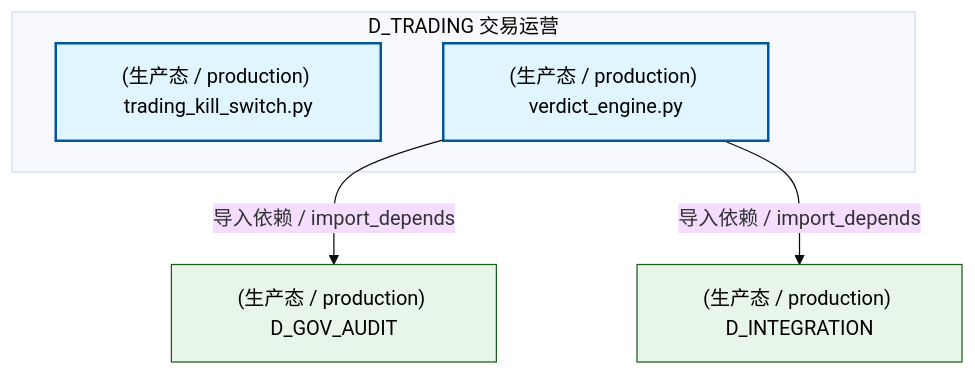
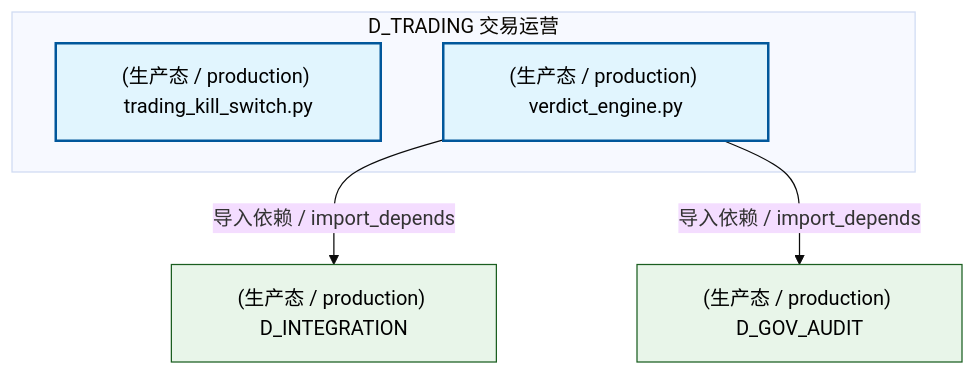
Before and after one commit to xuanFelixVan/ZephyrAlpha: the second of 5 diagrams in docs/02_enterprise_architecture/02_domain_architecture_docs/58_d_trading.md, drawn with Mermaid (base theme). The commit also changed other lines of this file and 98 other files, not shown here.

````diff
--- a/docs/02_enterprise_architecture/02_domain_architecture_docs/58_d_trading.md
+++ b/docs/02_enterprise_architecture/02_domain_architecture_docs/58_d_trading.md
@@ -194,17 +193,17 @@
 ```mermaid
 graph TD
     subgraph D_TRADING["D_TRADING 交易运营"]
         src_zephyr_trading_trading_contracts_risk_trading_kill_switch_py["(生产态 / production) trading_kill_switch.py"]
         src_zephyr_trading_verdict_engine_py["(生产态 / production) verdict_engine.py"]
     end
+    D_INTEGRATION["(生产态 / production) D_INTEGRATION"]
+    src_zephyr_trading_verdict_engine_py -->|导入依赖 / import_depends| D_INTEGRATION
     D_GOV_AUDIT["(生产态 / production) D_GOV_AUDIT"]
     src_zephyr_trading_verdict_engine_py -->|导入依赖 / import_depends| D_GOV_AUDIT
-    D_INTEGRATION["(生产态 / production) D_INTEGRATION"]
-    src_zephyr_trading_verdict_engine_py -->|导入依赖 / import_depends| D_INTEGRATION
     classDef production fill:#e1f5fe,stroke:#01579b,stroke-width:2px,color:#000
     classDef design fill:#fff3e0,stroke:#e65100,stroke-width:2px,color:#000,stroke-dasharray: 5 5
     classDef external_prod fill:#e8f5e9,stroke:#1b5e20,stroke-width:1px,color:#000
     classDef external_design fill:#fce4ec,stroke:#880e4f,stroke-width:1px,color:#000,stroke-dasharray: 5 5
     class src_zephyr_trading_trading_contracts_risk_trading_kill_switch_py,src_zephyr_trading_verdict_engine_py production
-    class D_GOV_AUDIT,D_INTEGRATION external_prod
+    class D_INTEGRATION,D_GOV_AUDIT external_prod
 ```
````
